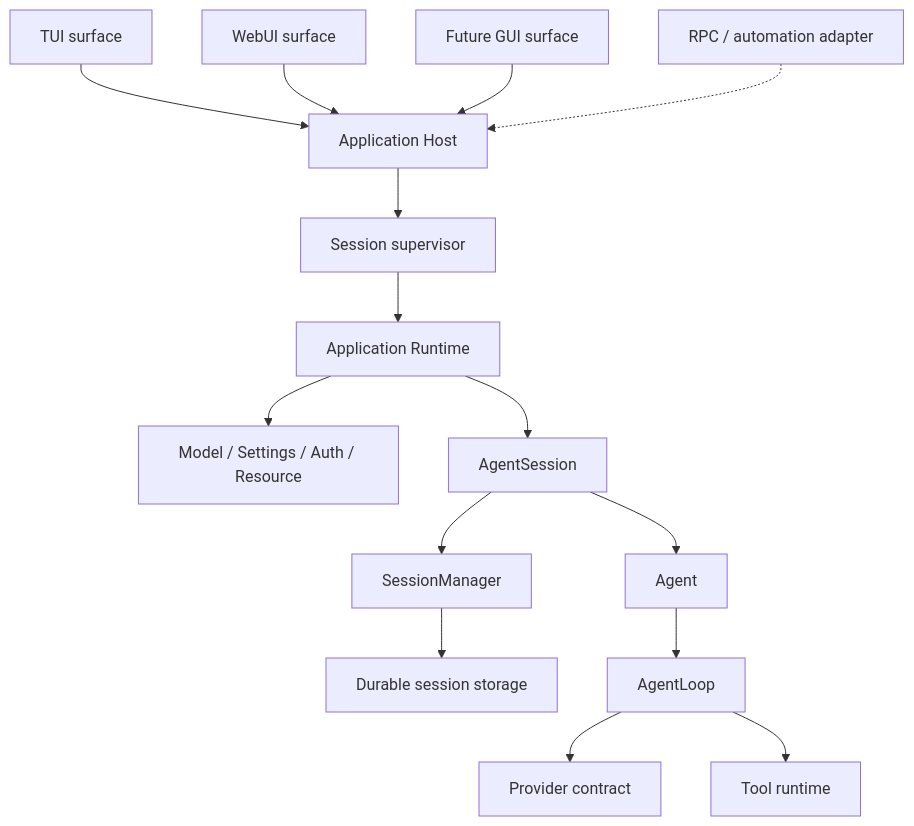
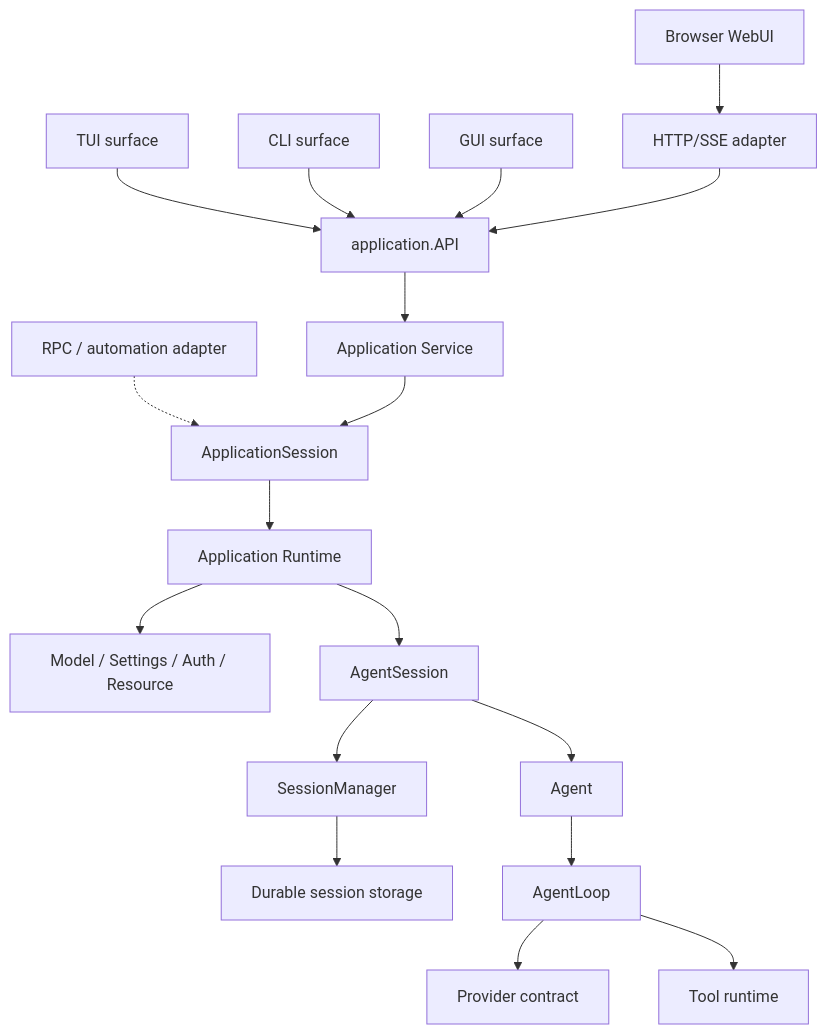
Before and after one commit to cat3399/pi-go: the diagram in docs/ARCHITECTURE.md, drawn with Mermaid. The commit also changed other lines of this file and 80 other files, not shown here.

Commit message:
feat(application): unify surfaces and complete web sessions

````diff
--- a/docs/ARCHITECTURE.md
+++ b/docs/ARCHITECTURE.md
@@ -37,17 +36,20 @@
 ```mermaid
 flowchart TB
-    TUI["TUI surface"] --> Host["Application Host"]
-    Web["WebUI surface"] --> Host
-    GUI["Future GUI surface"] --> Host
-    RPC["RPC / automation adapter"] -.-> Host
-    Host --> Supervisor["Session supervisor"]
-    Supervisor --> Runtime["Application Runtime"]
+    TUI["TUI surface"] --> API["application.API"]
+    CLI["CLI surface"] --> API
+    GUI["GUI surface"] --> API
+    Browser["Browser WebUI"] --> Web["HTTP/SSE adapter"]
+    Web --> API
+    RPC["RPC / automation adapter"] -.-> AppSession["ApplicationSession"]
+    API --> Service["Application Service"]
+    Service --> AppSession
+    AppSession --> Runtime["Application Runtime"]
     Runtime --> Services["Model / Settings / Auth / Resource"]
     Runtime --> Session["AgentSession"]
     Session --> Agent["Agent"]
     Session --> Manager["SessionManager"]
     Manager --> Store["Durable session storage"]
     Agent --> Loop["AgentLoop"]
     Loop --> Provider["Provider contract"]
     Loop --> Tools["Tool runtime"]
 ```
````
